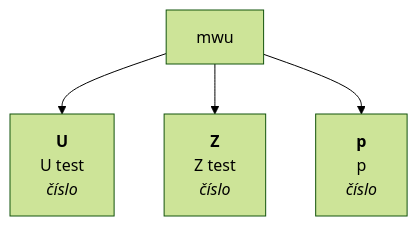
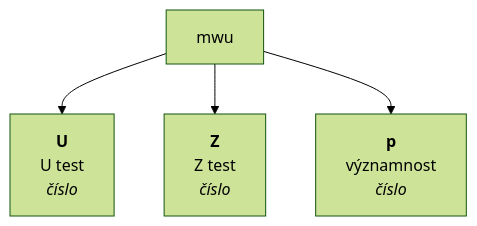
The third of 3 diagrams in md-test.md (muzikp/retusa), drawn with Mermaid (forest theme) before and after one commit. The commit also changed other lines of this file and 2 other files, not shown here.

````diff
--- a/md-test.md
+++ b/md-test.md
@@ -182,7 +182,7 @@
 ```mermaid
 graph TD
 mwu --> U[<b>U</b><br>U test <br><i>číslo</i>]
 mwu --> Z[<b>Z</b><br>Z test <br><i>číslo</i>]
-mwu --> p[<b>p</b><br>p <br><i>číslo</i>]
+mwu --> p[<b>p</b><br>významnost <br><i>číslo</i>]
 
 ```
````
